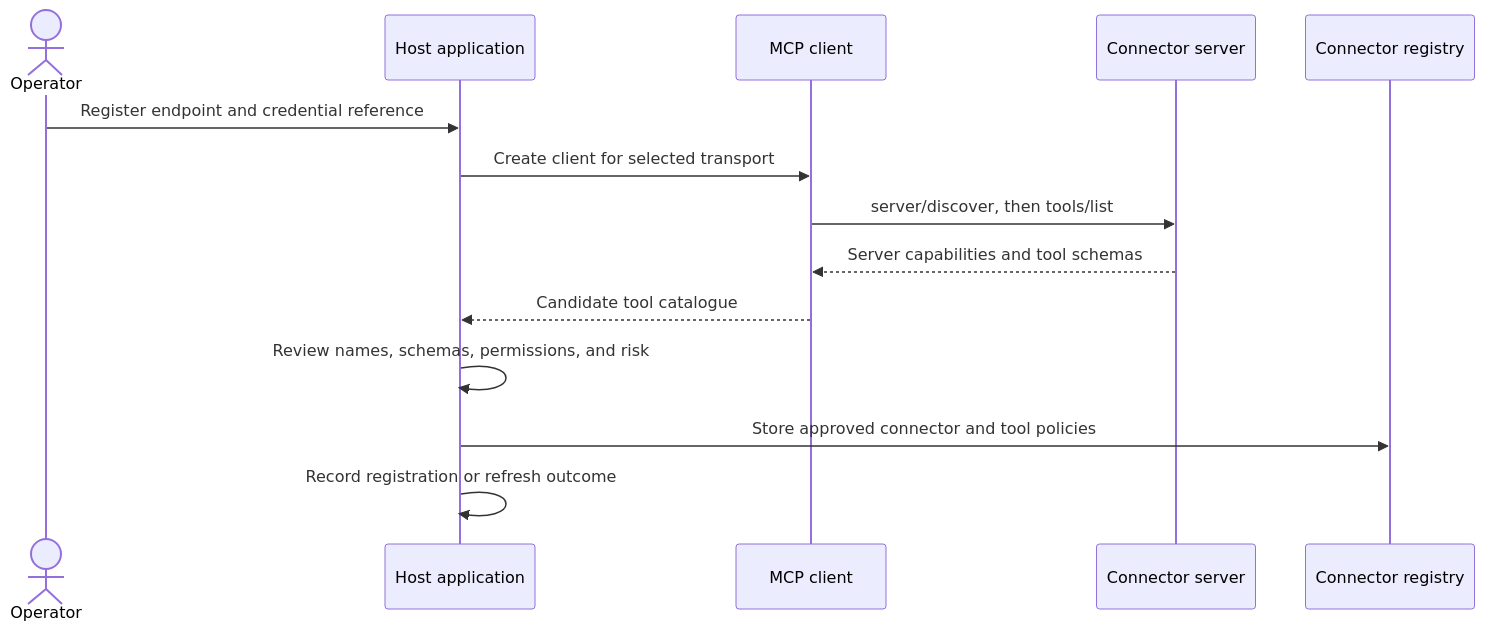
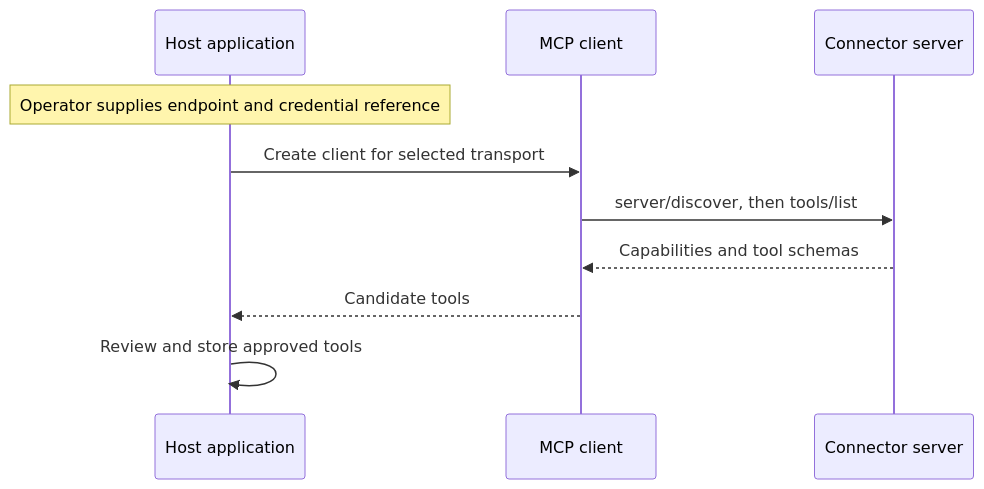
One commit to chanjunren/chanjunren.github.io changed the diagram in www/docs/zettelkasten/ai/mcp/connector_registration_flow.md. Above: the diagram before and after it, drawn with Mermaid. The commit also changed other lines of this file and 32 other files, not shown here.

````diff
--- a/www/docs/zettelkasten/ai/mcp/connector_registration_flow.md
+++ b/www/docs/zettelkasten/ai/mcp/connector_registration_flow.md
@@ -9,16 +9,12 @@
 ```mermaid
 sequenceDiagram
-  actor O as Operator
   participant H as Host application
   participant C as MCP client
   participant S as Connector server
-  participant R as Connector registry
-  O->>H: Register endpoint and credential reference
+  Note over H: Operator supplies endpoint and credential reference
   H->>C: Create client for selected transport
   C->>S: server/discover, then tools/list
-  S-->>C: Server capabilities and tool schemas
-  C-->>H: Candidate tool catalogue
-  H->>H: Review names, schemas, permissions, and risk
-  H->>R: Store approved connector and tool policies
-  H->>H: Record registration or refresh outcome
+  S-->>C: Capabilities and tool schemas
+  C-->>H: Candidate tools
+  H->>H: Review and store approved tools
 ```
````
